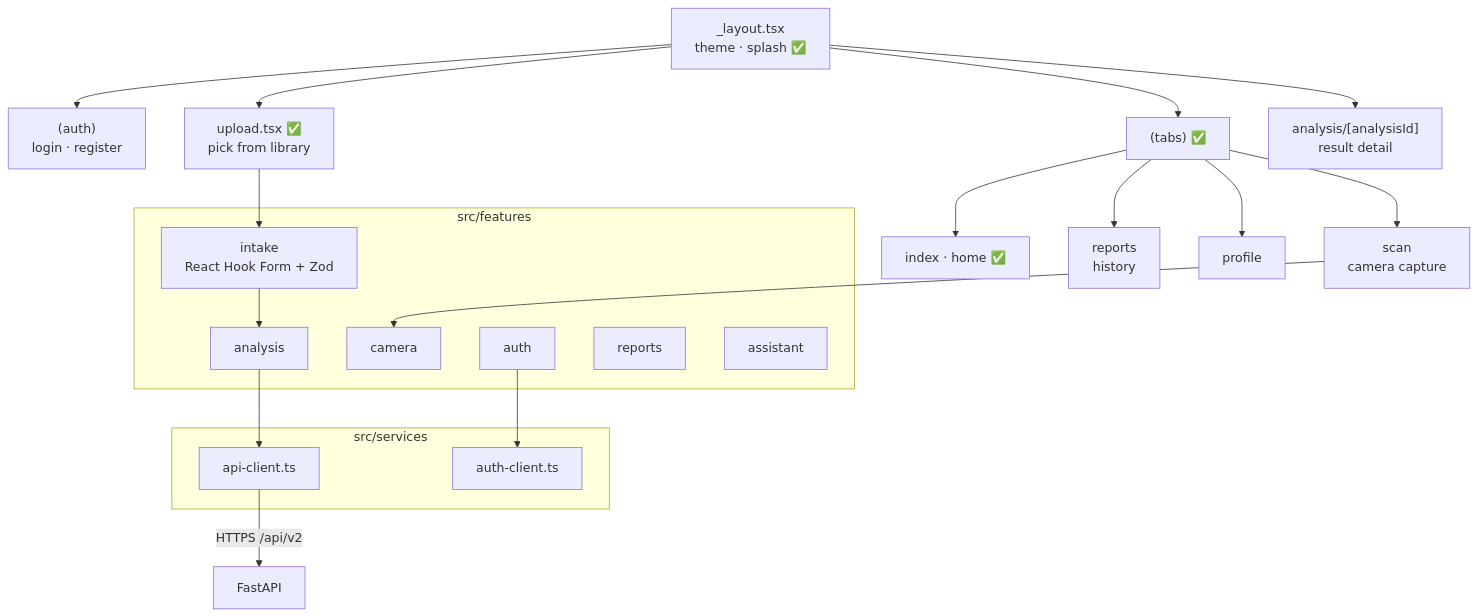
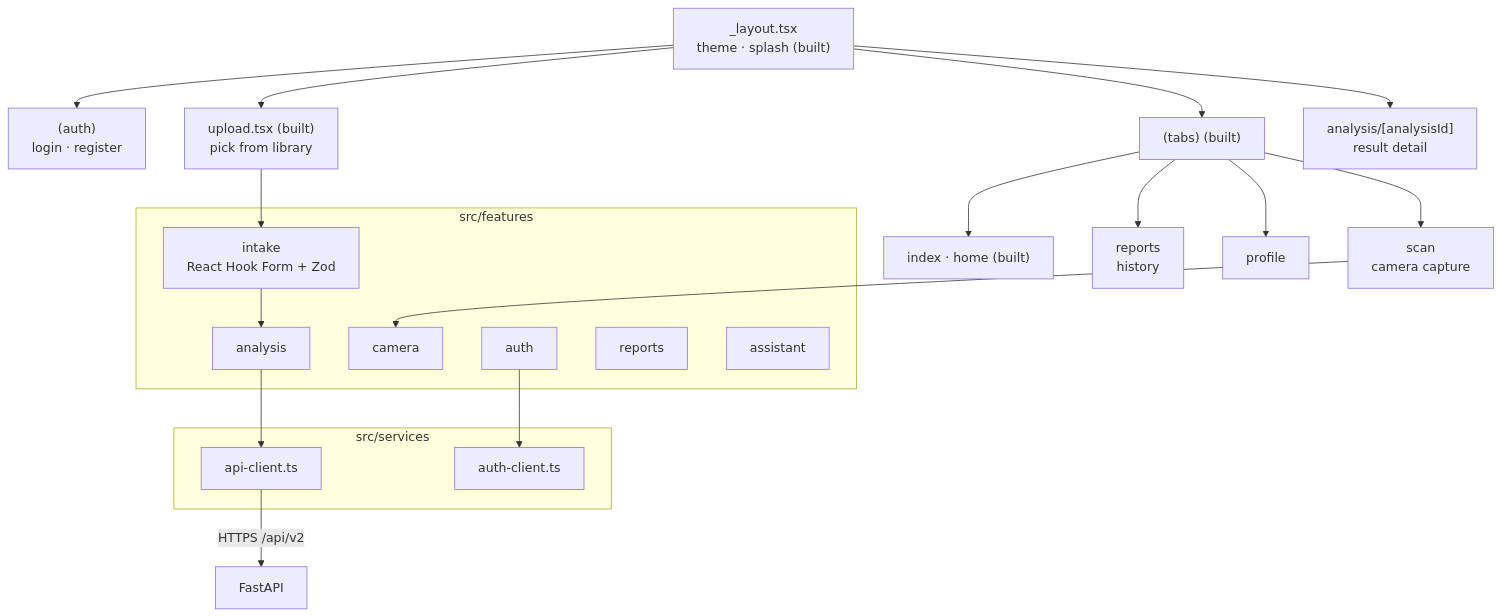
Before and after one commit to raul559/Capstone460v2: the ninth of 11 diagrams in docs/architecture/V2_ARCHITECTURE_DIAGRAMS.md, drawn with Mermaid. The commit also changed other lines of this file and 7 other files, not shown here.

````diff
--- a/docs/architecture/V2_ARCHITECTURE_DIAGRAMS.md
+++ b/docs/architecture/V2_ARCHITECTURE_DIAGRAMS.md
@@ -381,34 +381,34 @@
 ```mermaid
 flowchart TB
-    root["_layout.tsx<br/>theme · splash ✅"]
+    root["_layout.tsx<br/>theme · splash (built)"]
     root --> auth["(auth)<br/>login · register"]
-    root --> tabs["(tabs) ✅"]
-    root --> upload["upload.tsx ✅<br/>pick from library"]
+    root --> tabs["(tabs) (built)"]
+    root --> upload["upload.tsx (built)<br/>pick from library"]
     root --> detail["analysis/[analysisId]<br/>result detail"]
 
-    tabs --> home["index · home ✅"]
+    tabs --> home["index · home (built)"]
     tabs --> scan["scan<br/>camera capture"]
     tabs --> reports["reports<br/>history"]
     tabs --> profile["profile"]
 
     subgraph features["src/features"]
         f1["auth"]
         f2["camera"]
         f3["intake<br/>React Hook Form + Zod"]
         f4["analysis"]
         f5["reports"]
         f6["assistant"]
     end
 
     subgraph svc["src/services"]
         c1["api-client.ts"]
         c2["auth-client.ts"]
     end
 
     scan --> f2
     upload --> f3
     f3 --> f4
     f4 --> c1
     f1 --> c2
     c1 -- "HTTPS /api/v2" --> backend["FastAPI"]
 ```
````
